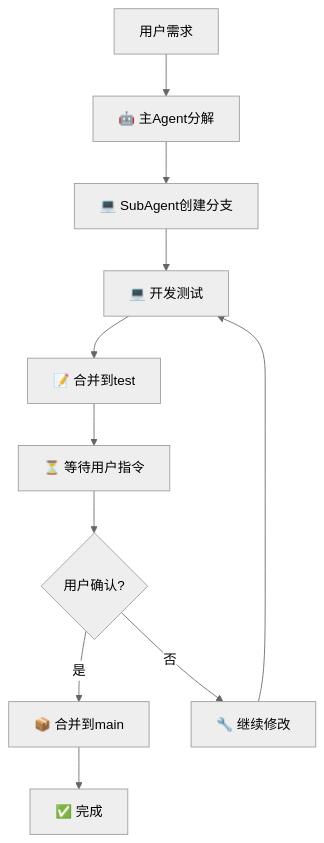
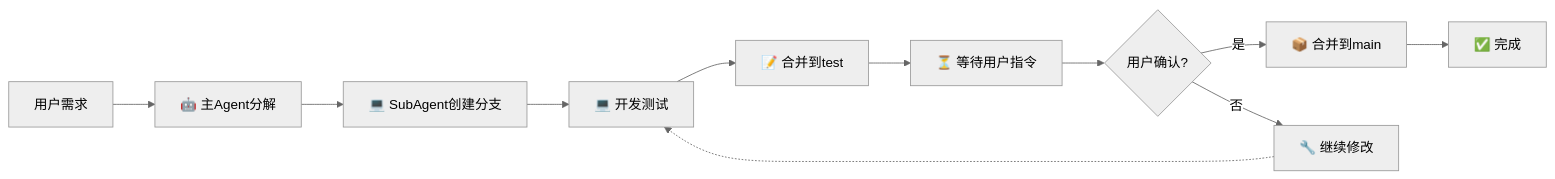
The second of 3 diagrams in README.md (serenamustrich/dev-standard), drawn with Mermaid (neutral theme) before and after one commit. The commit also changed other lines of this file and 1 other file, not shown here.

First line of the commit message:
chore: 修正Mermaid流程图从左到右(LR)

````diff
--- a/README.md
+++ b/README.md
@@ -77,13 +77,13 @@
 ```mermaid
-graph TD
+flowchart LR
     A[用户需求] --> B[🤖 主Agent分解]
     B --> C[💻 SubAgent创建分支]
     C --> D[💻 开发测试]
     D --> E[📝 合并到test]
     E --> F[⏳ 等待用户指令]
     F --> G{用户确认?}
     G -->|是| H[📦 合并到main]
     G -->|否| I[🔧 继续修改]
-    I --> D
+    I -.-> D
     H --> J[✅ 完成]
 ```
````
